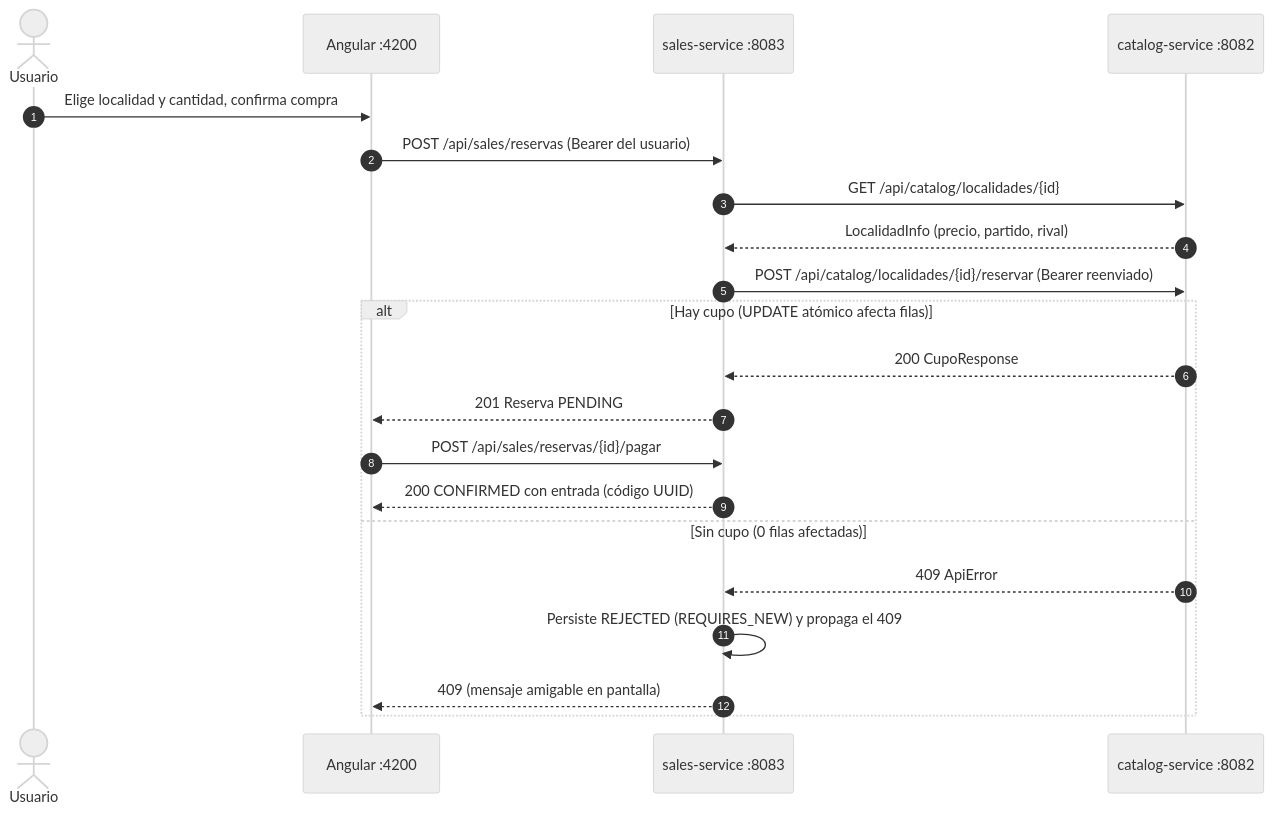
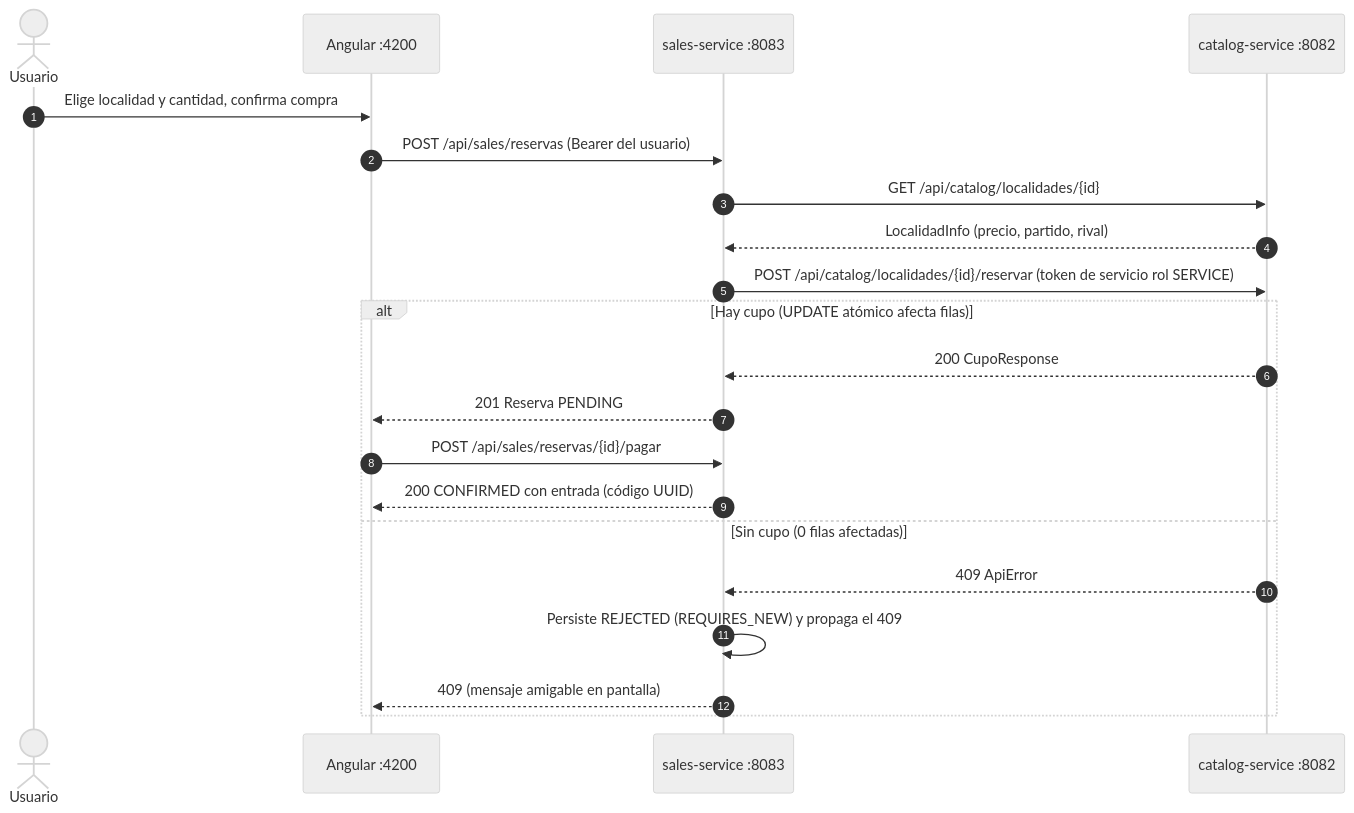
Before and after one commit to 10carabal/valle-oro-puro: the second of 2 diagrams in README.md, drawn with Mermaid (neutral theme). The commit also changed other lines of this file and 13 other files, not shown here.

Commit message:
fix(security): service token for internal inventory calls and closed-match purchase guard

````diff
--- a/README.md
+++ b/README.md
@@ -428,23 +431,23 @@
 ```mermaid
 sequenceDiagram
     autonumber
     actor U as Usuario
     participant A as Angular :4200
     participant S as sales-service :8083
     participant C as catalog-service :8082
     U->>A: Elige localidad y cantidad, confirma compra
     A->>S: POST /api/sales/reservas (Bearer del usuario)
     S->>C: GET /api/catalog/localidades/{id}
     C-->>S: LocalidadInfo (precio, partido, rival)
-    S->>C: POST /api/catalog/localidades/{id}/reservar (Bearer reenviado)
+    S->>C: POST /api/catalog/localidades/{id}/reservar (token de servicio rol SERVICE)
     alt Hay cupo (UPDATE atómico afecta filas)
         C-->>S: 200 CupoResponse
         S-->>A: 201 Reserva PENDING
         A->>S: POST /api/sales/reservas/{id}/pagar
         S-->>A: 200 CONFIRMED con entrada (código UUID)
     else Sin cupo (0 filas afectadas)
         C-->>S: 409 ApiError
         S->>S: Persiste REJECTED (REQUIRES_NEW) y propaga el 409
         S-->>A: 409 (mensaje amigable en pantalla)
     end
 ```
````
